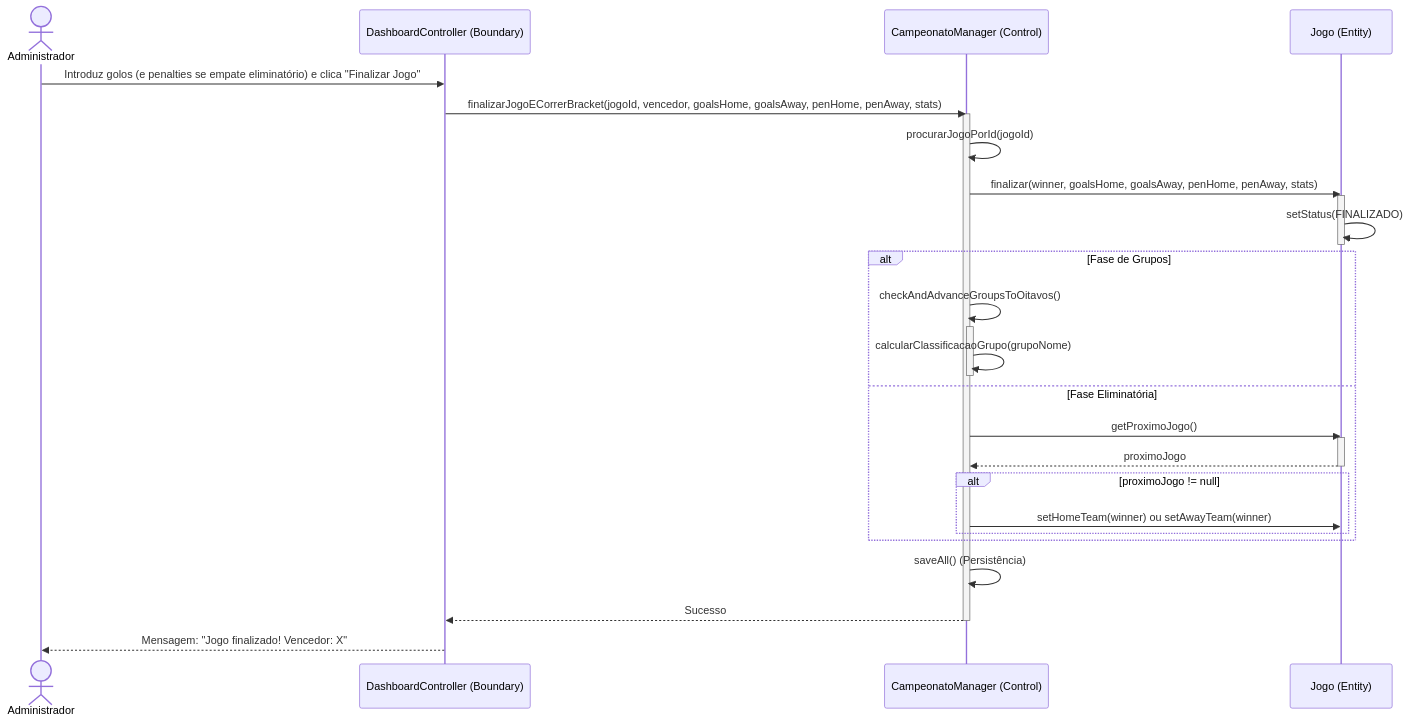
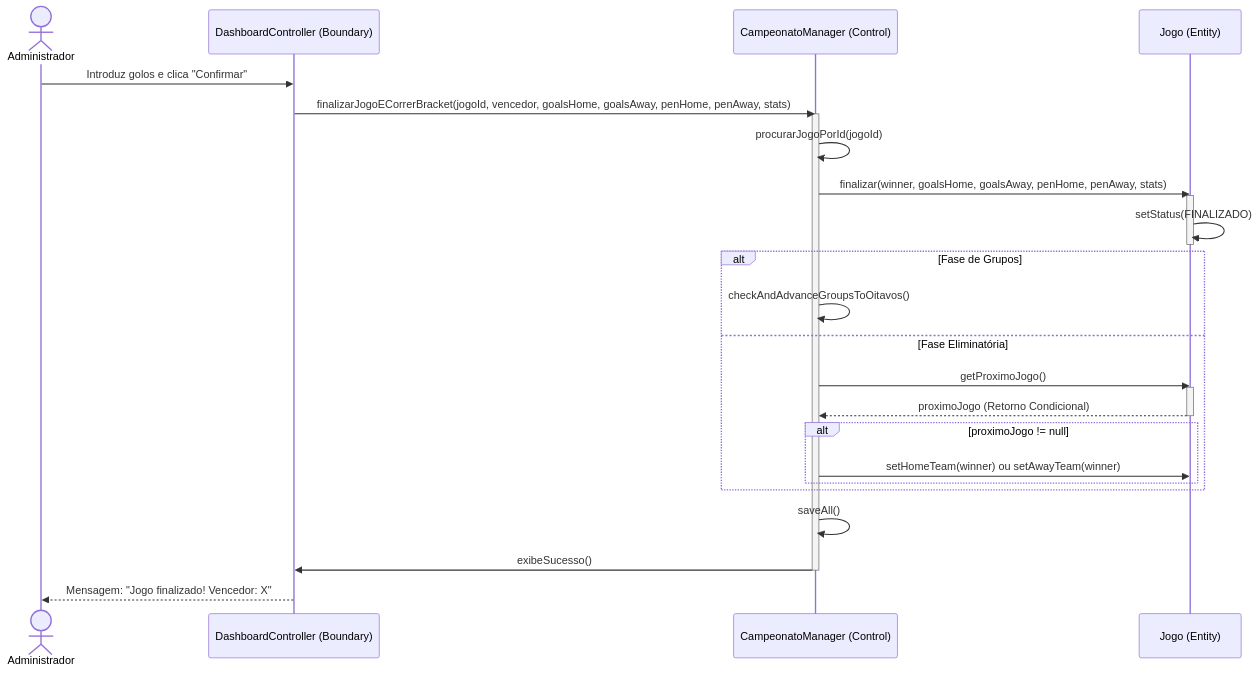
The third of 6 diagrams in documentacao_fase2/9_diagramas_sequencia_mermaid.md (experimentos373-creator/ES), drawn with Mermaid before and after one commit. The commit also changed other lines of this file and 113 other files, not shown here.

````diff
--- a/documentacao_fase2/9_diagramas_sequencia_mermaid.md
+++ b/documentacao_fase2/9_diagramas_sequencia_mermaid.md
@@ -76,35 +72,32 @@
 ```mermaid
 sequenceDiagram
     actor A as Administrador
     participant B as DashboardController (Boundary)
     participant C as CampeonatoManager (Control)
     participant J as Jogo (Entity)
 
-    A->>B: Introduz golos (e penalties se empate eliminatório) e clica "Finalizar Jogo"
+    A->>B: Introduz golos e clica "Confirmar"
     B->>C: finalizarJogoECorrerBracket(jogoId, vencedor, goalsHome, goalsAway, penHome, penAway, stats)
     activate C
     C->>C: procurarJogoPorId(jogoId)
     C->>J: finalizar(winner, goalsHome, goalsAway, penHome, penAway, stats)
     activate J
     J->>J: setStatus(FINALIZADO)
     deactivate J
     
     alt Fase de Grupos
         C->>C: checkAndAdvanceGroupsToOitavos()
-        activate C
-        C->>C: calcularClassificacaoGrupo(grupoNome)
-        deactivate C
     else Fase Eliminatória
         C->>J: getProximoJogo()
         activate J
-        J-->>C: proximoJogo
+        J-->>C: proximoJogo (Retorno Condicional)
         deactivate J
         alt proximoJogo != null
             C->>J: setHomeTeam(winner) ou setAwayTeam(winner)
         end
     end
-    C->>C: saveAll() (Persistência)
-    C-->>B: Sucesso
+    C->>C: saveAll()
+    C->>B: exibeSucesso()
     deactivate C
     B-->>A: Mensagem: "Jogo finalizado! Vencedor: X"
 ```
````
